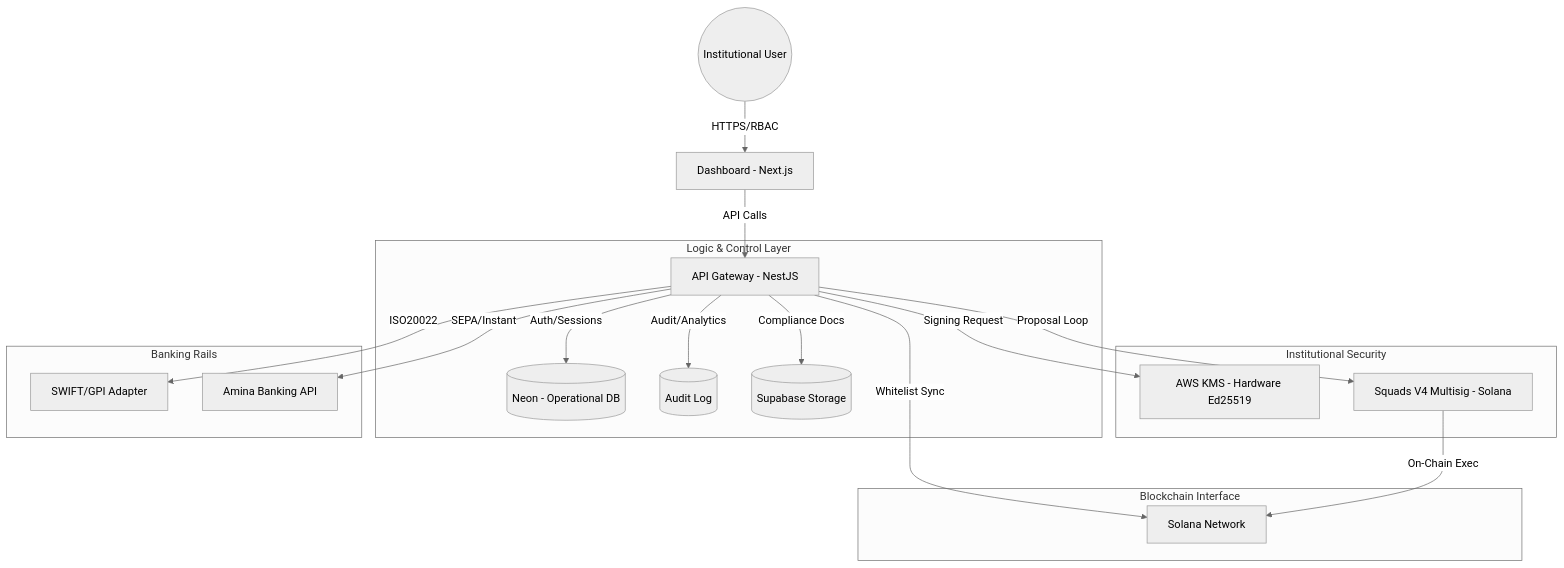
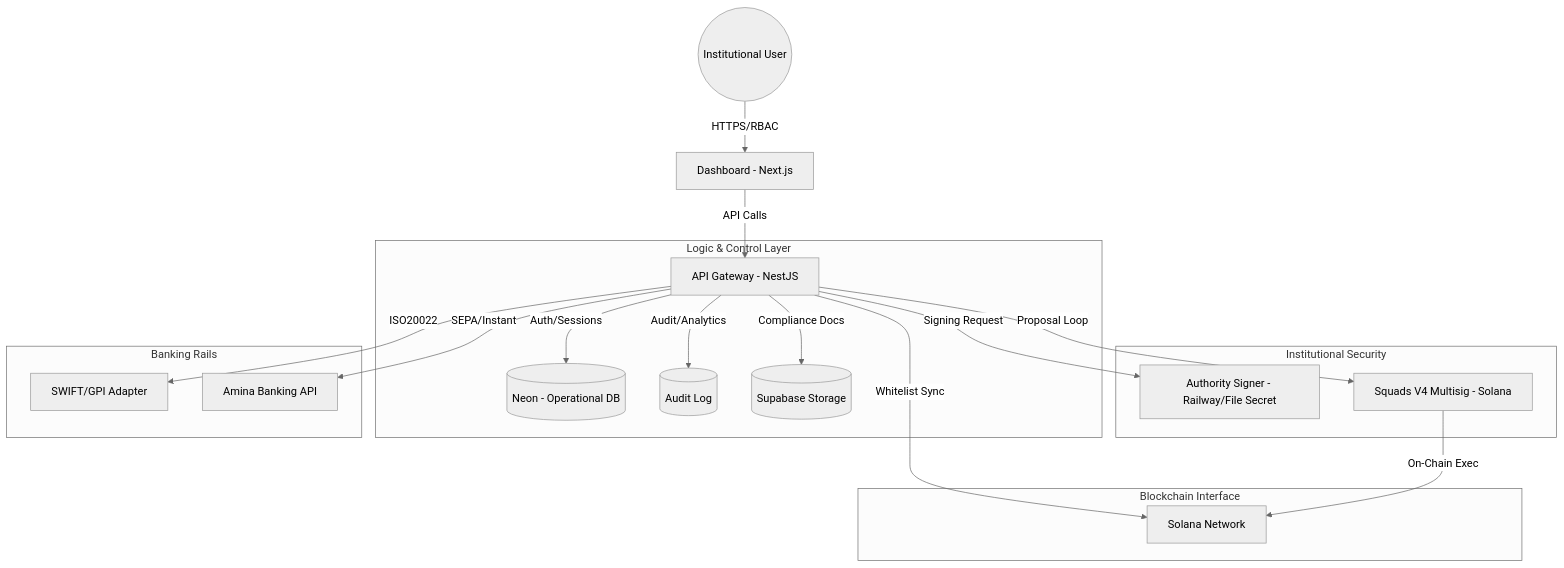
One commit to Web3-Platforms/TreasuryOS changed the diagram in ARCHITECTURE.md. Above: the diagram before and after it, drawn with Mermaid (neutral theme). The commit also changed other lines of this file and 18 other files, not shown here.

````diff
--- a/ARCHITECTURE.md
+++ b/ARCHITECTURE.md
@@ -10,26 +10,26 @@
 ```mermaid
 graph TD
     User((Institutional User)) -->|HTTPS/RBAC| UI[Dashboard - Next.js]
     UI -->|API Calls| AGW[API Gateway - NestJS]
     
     subgraph "Logic & Control Layer"
         AGW -->|Auth/Sessions| DB_NEON[(Neon - Operational DB)]
         AGW -->|Audit/Analytics| DB_P[(Audit Log)]
         AGW -->|Compliance Docs| S3[(Supabase Storage)]
     end
 
     subgraph "Institutional Security"
-        AGW -->|Signing Request| KMS[AWS KMS - Hardware Ed25519]
+        AGW -->|Signing Request| Signer[Authority Signer - Railway/File Secret]
         AGW -->|Proposal Loop| Squads[Squads V4 Multisig - Solana]
     end
 
     subgraph "Blockchain Interface"
         Squads -->|On-Chain Exec| SOL[Solana Network]
         AGW -->|Whitelist Sync| SOL
     end
 
     subgraph "Banking Rails"
         AGW -->|ISO20022| SWIFT[SWIFT/GPI Adapter]
         AGW -->|SEPA/Instant| Amina[Amina Banking API]
     end
 ```
````
